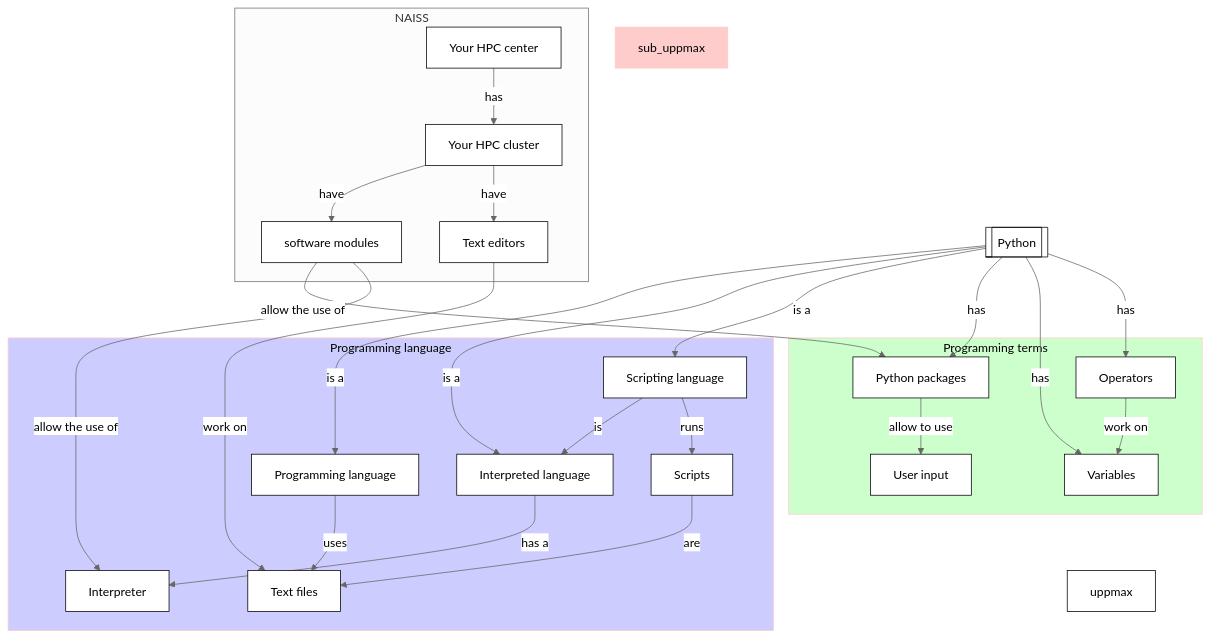
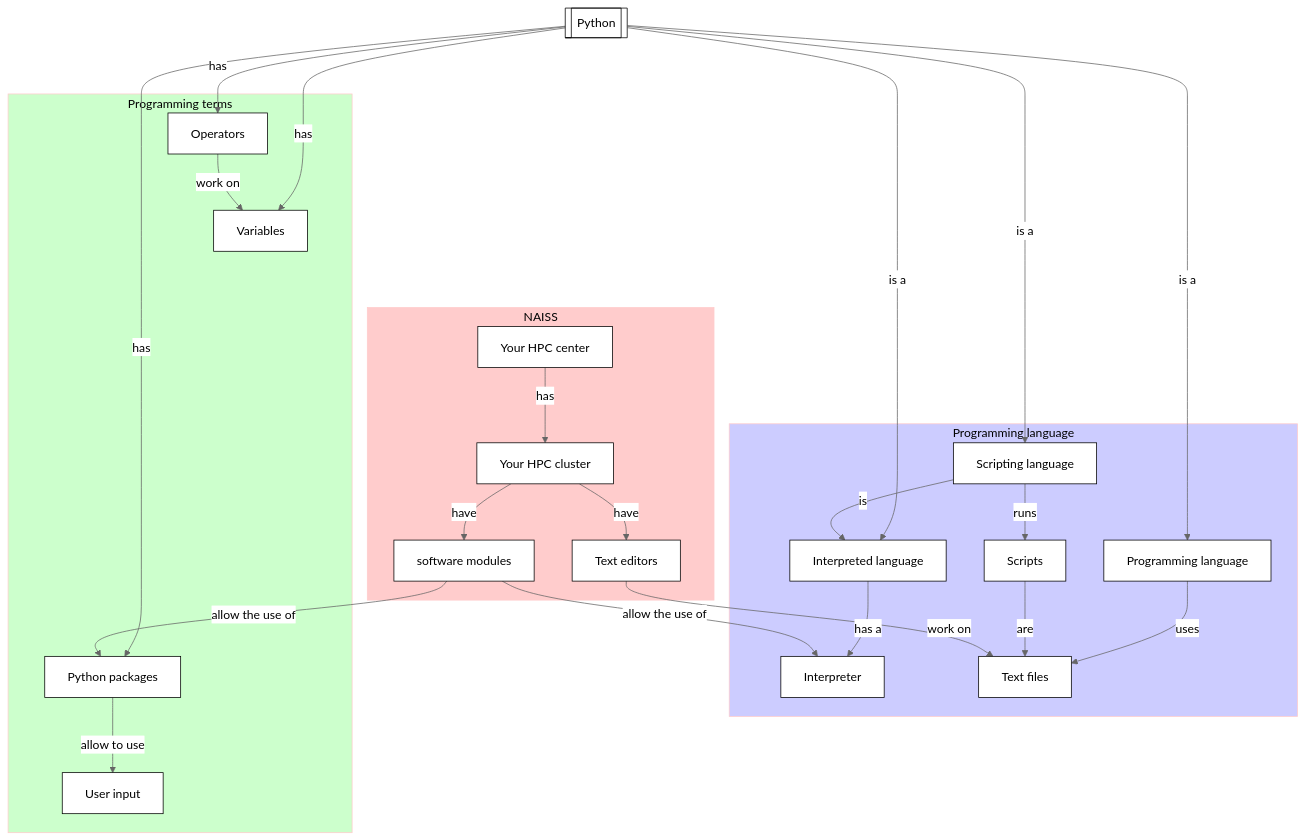
Before and after one commit to UPPMAX/uppmax_intro_python: the diagram in docs/sessions/introduction_getting_it_to_run.md, drawn with Mermaid (neutral theme). The commit also changed 10 other files, not shown here.

````diff
--- a/docs/sessions/introduction_getting_it_to_run.md
+++ b/docs/sessions/introduction_getting_it_to_run.md
@@ -23,76 +23,76 @@
 ```mermaid
 flowchart TD
     python[[Python]]
 
     %% Give a white background to all nodes, instead of a transparent one
     classDef node fill:#fff,color:#000,stroke:#000
 
     subgraph sub_programming_language[Programming language]
       interpreted_language[Interpreted language]
       programming_language[Programming language]
       scripting_language[Scripting language]
       interpreter[Interpreter]
       scripts[Scripts]
       text_files[Text files]
     end
     style sub_programming_language fill:#ccf,color:#000,stroke:#fcc
 
     subgraph sub_programming_terms[Programming terms]
       user_input[User input]
       %% file_io[File I/O]
       %% command_line_arguments[Command-line arguments]
       variables[Variables]
       operators[Operators]
       %% functions[Functions]
       python_packages[Python packages]
       %% graphics[Graphics]
     end 
     style sub_programming_terms fill:#cfc,color:#000,stroke:#fcc
 
     subgraph sub_naiss[NAISS]
       your_hpc_center[Your HPC center]
       modules[software modules]
       your_hpc_cluster[Your HPC cluster]
       text_editors[Text editors]
       %% x_forwarding[X-forwarding]
       %% remote_desktop[Remote desktop]
     end
-    style sub_uppmax fill:#fcc,color:#000,stroke:#fcc
+    style sub_naiss fill:#fcc,color:#000,stroke:#fcc
 
     python --> |is a| programming_language
     python --> |is a| interpreted_language
     python --> |is a| scripting_language
 
     programming_language --> |uses| text_files
     interpreted_language --> |has a| interpreter
     scripting_language --> |is|interpreted_language
     scripting_language --> |runs| scripts
     scripts --> |are| text_files
     %% scripts --> |can use| command_line_arguments
 
     python --> |has| python_packages
     python --> |has| variables
     %%python --> |has| functions
     python --> |has| operators
     %%functions --> |use| variables
     operators --> |work on| variables
     %%python_packages --> |allow| graphics
     python_packages --> |allow to use| user_input
     %% python_packages --> |allow to do| file_io
     %% python_packages --> |allow to use| command_line_arguments
 
     your_hpc_center --> |has| your_hpc_cluster
     your_hpc_cluster --> |have| modules
     your_hpc_cluster --> |have| text_editors
     %% your_hpc_cluster --> |allow| x_forwarding
     %% your_hpc_cluster --> |has| remote_desktop
     modules --> |allow the use of| python_packages
     modules --> |allow the use of| interpreter
 
     text_editors --> |work on|text_files
     %%x_forwarding --> |allows|graphics
     %%remote_desktop --> |allows|graphics
     
 
-    variables ~~~ uppmax
+    variables ~~~ your_hpc_center
 ```
````
